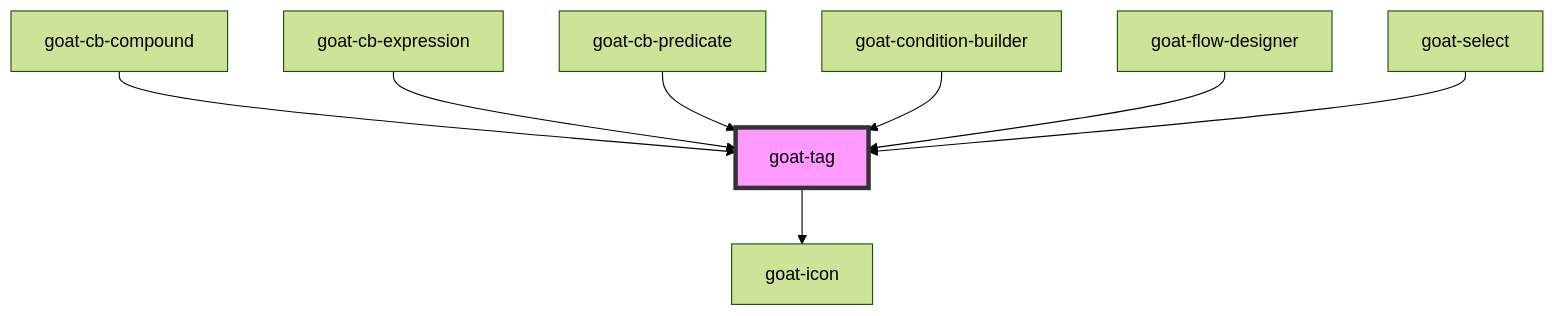
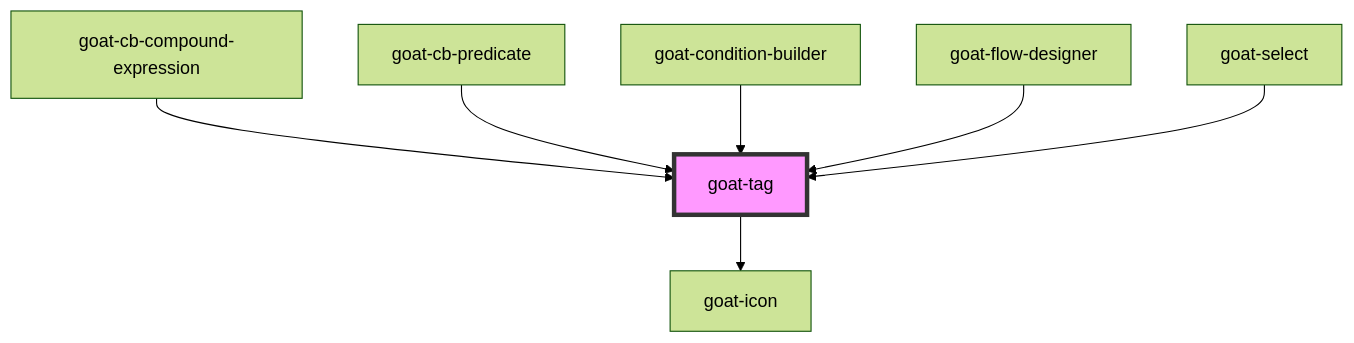
One commit to goatui/components changed the diagram in src/components/data-display/tag/readme.md. Above: the diagram before and after it, drawn with Mermaid (forest theme). The commit also changed other lines of this file and 32 other files, not shown here.

````diff
--- a/src/components/data-display/tag/readme.md
+++ b/src/components/data-display/tag/readme.md
@@ -43,11 +42,10 @@
 ```mermaid
 graph TD;
   goat-tag --> goat-icon
-  goat-cb-compound --> goat-tag
-  goat-cb-expression --> goat-tag
+  goat-cb-compound-expression --> goat-tag
   goat-cb-predicate --> goat-tag
   goat-condition-builder --> goat-tag
   goat-flow-designer --> goat-tag
   goat-select --> goat-tag
   style goat-tag fill:#f9f,stroke:#333,stroke-width:4px
 ```
````
